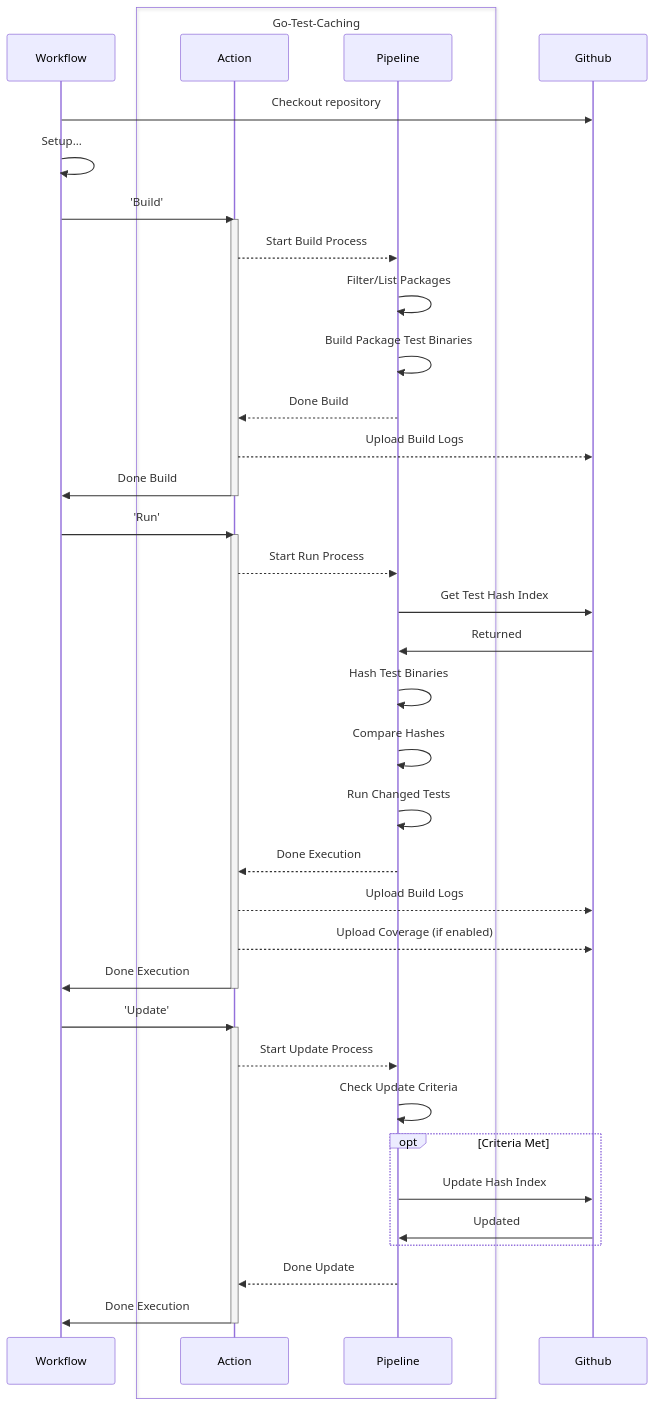
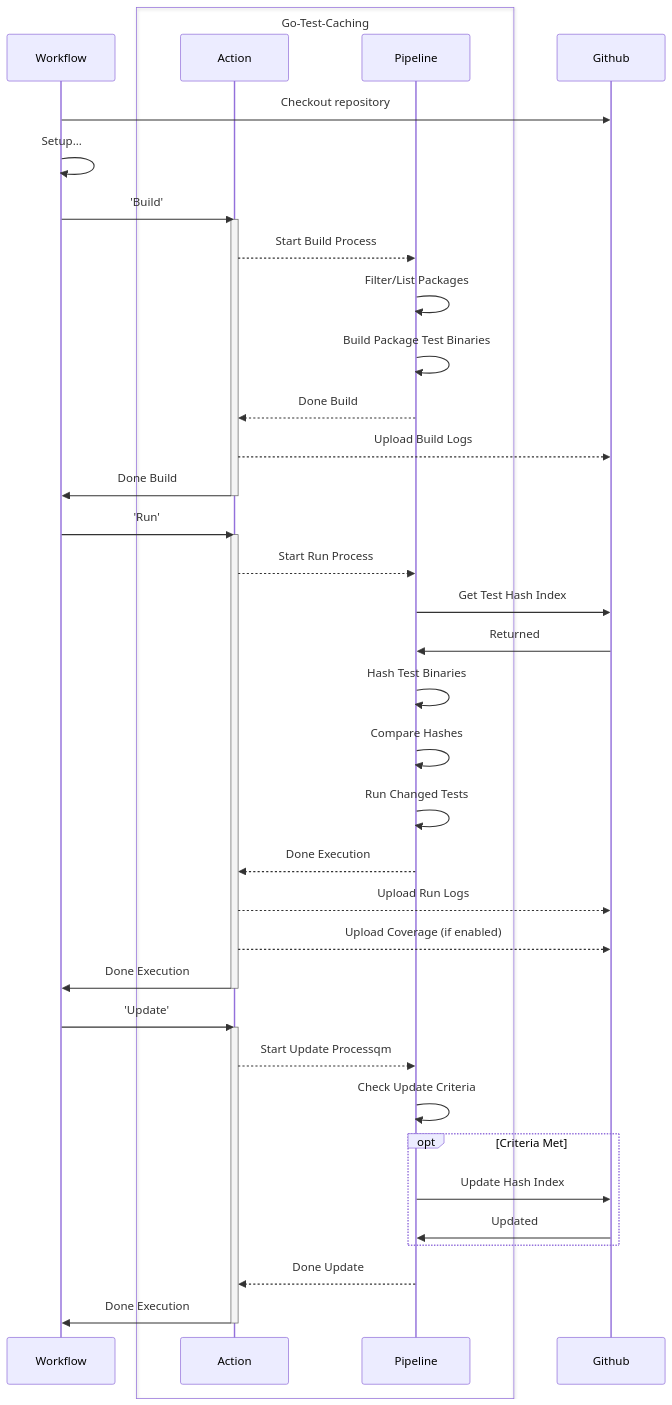
Before and after one commit to smartcontractkit/.github: the diagram in apps/go-test-caching/README.md, drawn with Mermaid. The commit also changed 13 other files, not shown here.

````diff
--- a/apps/go-test-caching/README.md
+++ b/apps/go-test-caching/README.md
@@ -6,56 +6,56 @@
 ```mermaid
 sequenceDiagram
   participant Workflow
   participant Action
   participant Pipeline
   participant Github
 
   box Go-Test-Caching
     participant Action
     participant Pipeline
   end
 
   Workflow->>Github: Checkout repository
   Workflow->>Workflow: Setup...
 
   Workflow->>Action: 'Build'
   activate Action
   Action-->>Pipeline: Start Build Process
 
   Pipeline->>Pipeline: Filter/List Packages
   Pipeline->>Pipeline: Build Package Test Binaries
   Pipeline-->>Action: Done Build
 
   Action-->>Github: Upload Build Logs
   Action->>Workflow: Done Build
   deactivate Action
 
   Workflow->>Action: 'Run'
   activate Action
   Action-->>Pipeline: Start Run Process
 
   Pipeline->>Github: Get Test Hash Index
   Github->>Pipeline: Returned
   Pipeline->>Pipeline: Hash Test Binaries
   Pipeline->>Pipeline: Compare Hashes
   Pipeline->>Pipeline: Run Changed Tests
   Pipeline-->>Action: Done Execution
 
-  Action-->>Github: Upload Build Logs
+  Action-->>Github: Upload Run Logs
   Action-->>Github: Upload Coverage (if enabled)
   Action->>Workflow: Done Execution
   deactivate Action
 
   Workflow->>Action: 'Update'
   activate Action
-  Action-->>Pipeline: Start Update Process
+  Action-->>Pipeline: Start Update Processqm
   Pipeline->>Pipeline: Check Update Criteria
 
   opt Criteria Met
     Pipeline->>Github: Update Hash Index
     Github->>Pipeline: Updated
   end
   Pipeline-->>Action: Done Update
   Action->>Workflow: Done Execution
   deactivate Action
 ```
````
